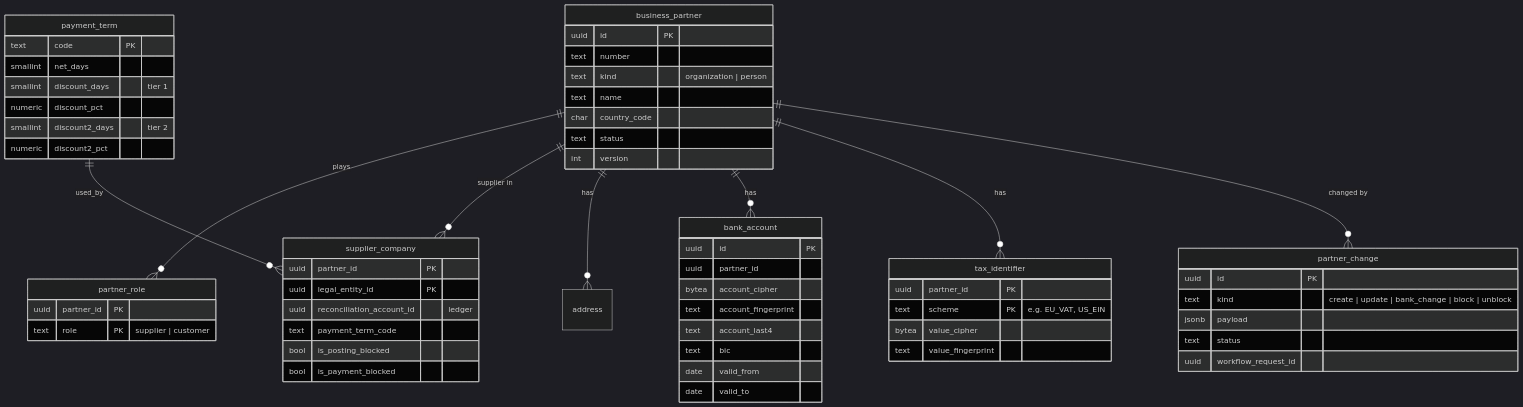
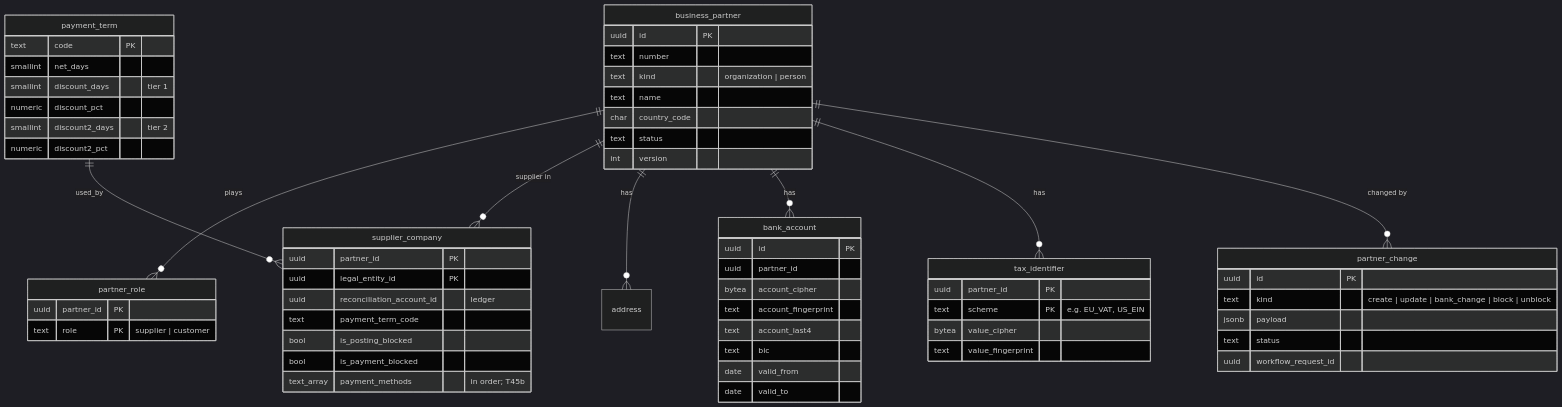
Before and after one commit to mustie7iy/agentic-erp: the fourth of 9 diagrams in docs/design/03-data-model.md, drawn with Mermaid (dark theme). The commit also changed other lines of this file and 27 other files, not shown here.

First line of the commit message:
Payment methods ranking house banks, and suppliers' methods (T45b)

````diff
--- a/docs/design/03-data-model.md
+++ b/docs/design/03-data-model.md
@@ -378,48 +378,49 @@
 ```mermaid
 erDiagram
   business_partner ||--o{ partner_role : plays
   business_partner ||--o{ supplier_company : "supplier in"
   business_partner ||--o{ address : has
   business_partner ||--o{ bank_account : has
   business_partner ||--o{ tax_identifier : has
   business_partner ||--o{ partner_change : "changed by"
   payment_term ||--o{ supplier_company : used_by
   business_partner { uuid id PK
     text number
     text kind "organization | person"
     text name
     char country_code
     text status
     int version }
   partner_role { uuid partner_id PK
     text role PK "supplier | customer" }
   supplier_company { uuid partner_id PK
     uuid legal_entity_id PK
     uuid reconciliation_account_id "ledger"
     text payment_term_code
     bool is_posting_blocked
-    bool is_payment_blocked }
+    bool is_payment_blocked
+    text_array payment_methods "in order; T45b" }
   bank_account { uuid id PK
     uuid partner_id
     bytea account_cipher
     text account_fingerprint
     text account_last4
     text bic
     date valid_from
     date valid_to }
   tax_identifier { uuid partner_id PK
     text scheme PK "e.g. EU_VAT, US_EIN"
     bytea value_cipher
     text value_fingerprint }
   partner_change { uuid id PK
     text kind "create | update | bank_change | block | unblock"
     jsonb payload
     text status
     uuid workflow_request_id }
   payment_term { text code PK
     smallint net_days
     smallint discount_days "tier 1"
     numeric discount_pct
     smallint discount2_days "tier 2"
     numeric discount2_pct }
 ```
````
